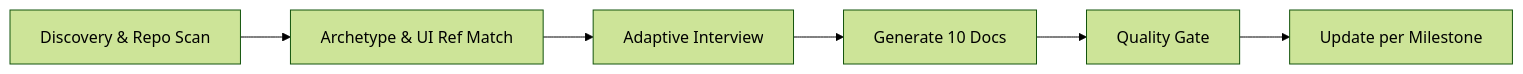
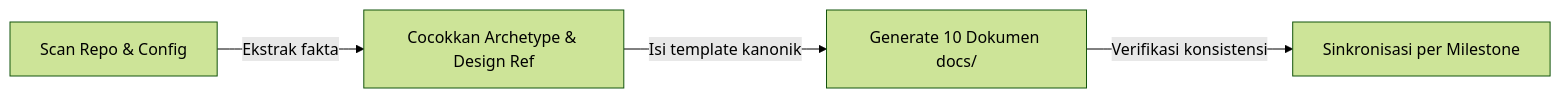
One commit to giriedu/maxilun changed the diagram in skills/maxilun-scaffold/SKILL.md. Above: the diagram before and after it, drawn with Mermaid (forest theme). The commit also changed other lines of this file and 41 other files, not shown here.

Commit message:
feat(ecosystem): decision architecture overhaul, anti-monoculture & tooling parity

````diff
--- a/skills/maxilun-scaffold/SKILL.md
+++ b/skills/maxilun-scaffold/SKILL.md
@@ -85,8 +68,6 @@
 ```mermaid
 flowchart LR
-    A[Discovery & Repo Scan] --> B[Archetype & UI Ref Match]
-    B --> C[Adaptive Interview]
-    C --> D[Generate 10 Docs]
-    D --> E[Quality Gate]
-    E --> F[Update per Milestone]
+    A["Scan Repo & Config"] -->|Ekstrak fakta| B["Cocokkan Archetype & Design Ref"]
+    B -->| Isi template kanonik| C["Generate 10 Dokumen docs/"]
+    C -->|Verifikasi konsistensi| D["Sinkronisasi per Milestone"]
 ```
````
